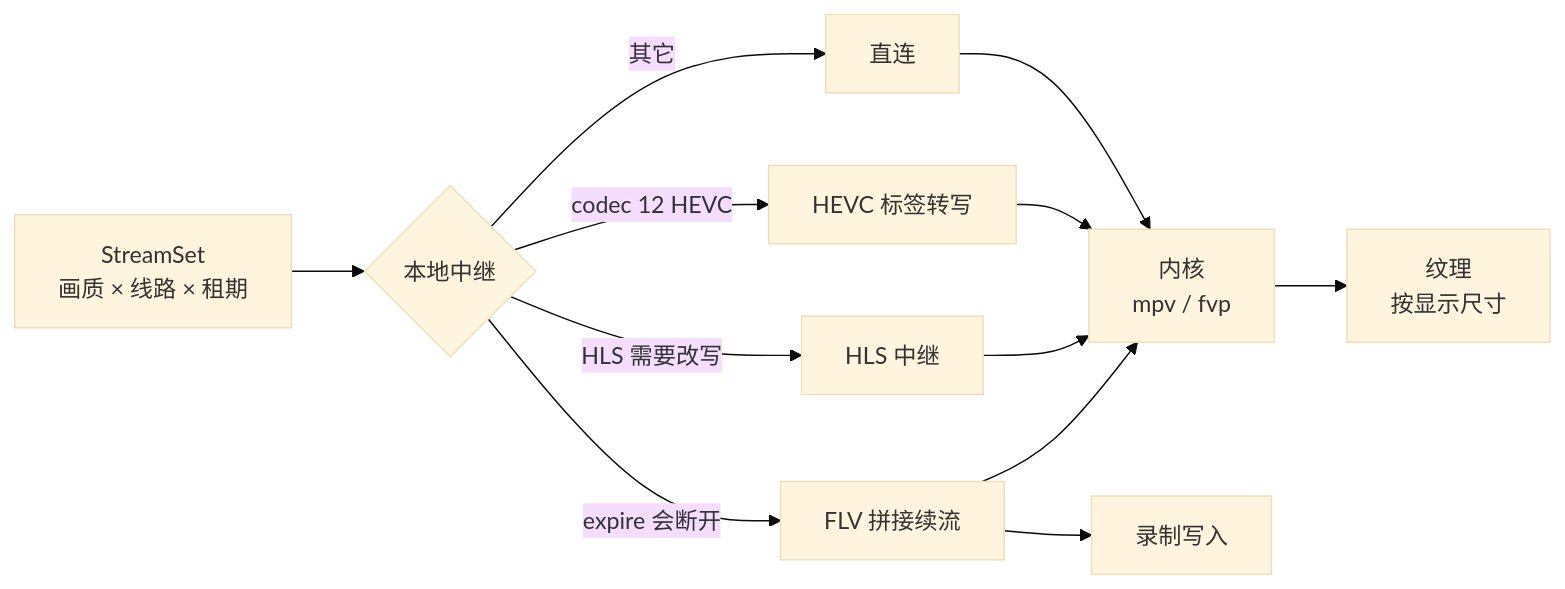
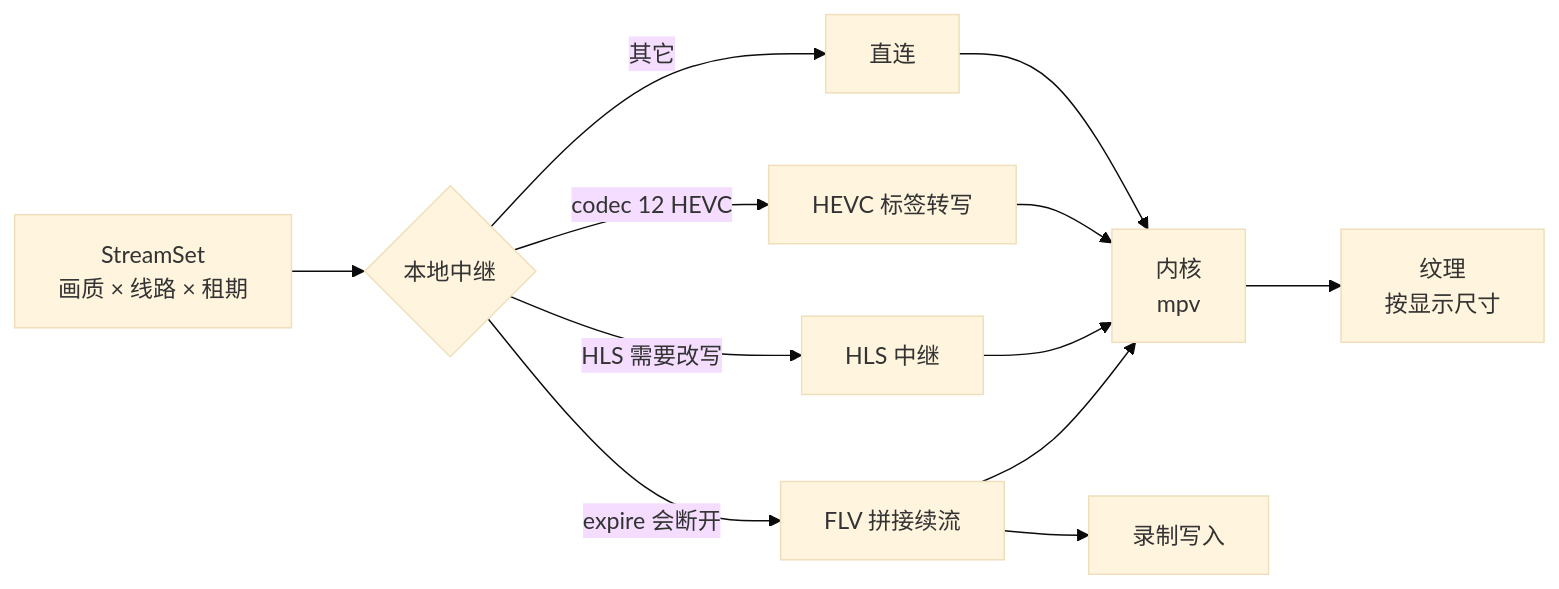
One commit to wzgrx/pure_live changed the second of 3 diagrams in docs/rewrite/PLAN.md. Above: the diagram before and after it, drawn with Mermaid (base theme). The commit also changed other lines of this file and 7 other files, not shown here.

````diff
--- a/docs/rewrite/PLAN.md
+++ b/docs/rewrite/PLAN.md
@@ -265,17 +264,14 @@
 ```mermaid
 flowchart LR
-  S["StreamSet
-画质 × 线路 × 租期"] --> R{"本地中继"}
+  S["StreamSet<br/>画质 × 线路 × 租期"] --> R{"本地中继"}
   R -->|expire 会断开| SP["FLV 拼接续流"]
   R -->|HLS 需要改写| HL["HLS 中继"]
   R -->|codec 12 HEVC| HV["HEVC 标签转写"]
   R -->|其它| D["直连"]
-  SP --> E["内核
-mpv / fvp"]
+  SP --> E["内核<br/>mpv"]
   HL --> E
   HV --> E
   D --> E
-  E --> T["纹理
-按显示尺寸"]
+  E --> T["纹理<br/>按显示尺寸"]
   SP --> REC["录制写入"]
 ```
````
